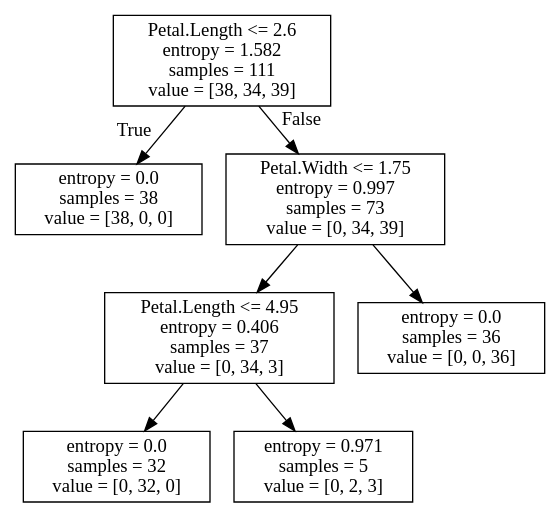
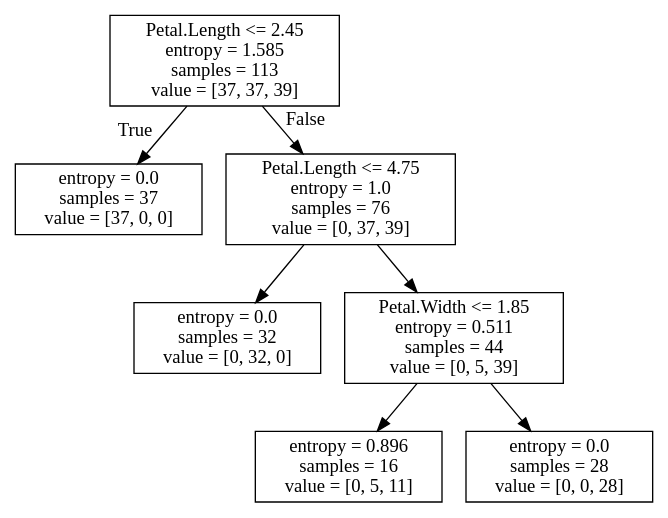
Before and after one commit to joanby/python-ml-course: the diagram in notebooks/resources/iris_dtree.dot, drawn with Graphviz. The commit also changed 45 other files, not shown here.

```diff
--- a/notebooks/resources/iris_dtree.dot
+++ b/notebooks/resources/iris_dtree.dot
@@ -1,16 +1,16 @@
 digraph Tree {
 node [shape=box] ;
-0 [label="Petal.Length <= 2.6\nentropy = 1.582\nsamples = 111\nvalue = [38, 34, 39]"] ;
-1 [label="entropy = 0.0\nsamples = 38\nvalue = [38, 0, 0]"] ;
+0 [label="Petal.Length <= 2.45\nentropy = 1.585\nsamples = 113\nvalue = [37, 37, 39]"] ;
+1 [label="entropy = 0.0\nsamples = 37\nvalue = [37, 0, 0]"] ;
 0 -> 1 [labeldistance=2.5, labelangle=45, headlabel="True"] ;
-2 [label="Petal.Width <= 1.75\nentropy = 0.997\nsamples = 73\nvalue = [0, 34, 39]"] ;
+2 [label="Petal.Length <= 4.75\nentropy = 1.0\nsamples = 76\nvalue = [0, 37, 39]"] ;
 0 -> 2 [labeldistance=2.5, labelangle=-45, headlabel="False"] ;
-3 [label="Petal.Length <= 4.95\nentropy = 0.406\nsamples = 37\nvalue = [0, 34, 3]"] ;
+3 [label="entropy = 0.0\nsamples = 32\nvalue = [0, 32, 0]"] ;
 2 -> 3 ;
-4 [label="entropy = 0.0\nsamples = 32\nvalue = [0, 32, 0]"] ;
-3 -> 4 ;
-5 [label="entropy = 0.971\nsamples = 5\nvalue = [0, 2, 3]"] ;
-3 -> 5 ;
-6 [label="entropy = 0.0\nsamples = 36\nvalue = [0, 0, 36]"] ;
-2 -> 6 ;
+4 [label="Petal.Width <= 1.85\nentropy = 0.511\nsamples = 44\nvalue = [0, 5, 39]"] ;
+2 -> 4 ;
+5 [label="entropy = 0.896\nsamples = 16\nvalue = [0, 5, 11]"] ;
+4 -> 5 ;
+6 [label="entropy = 0.0\nsamples = 28\nvalue = [0, 0, 28]"] ;
+4 -> 6 ;
 }
```
